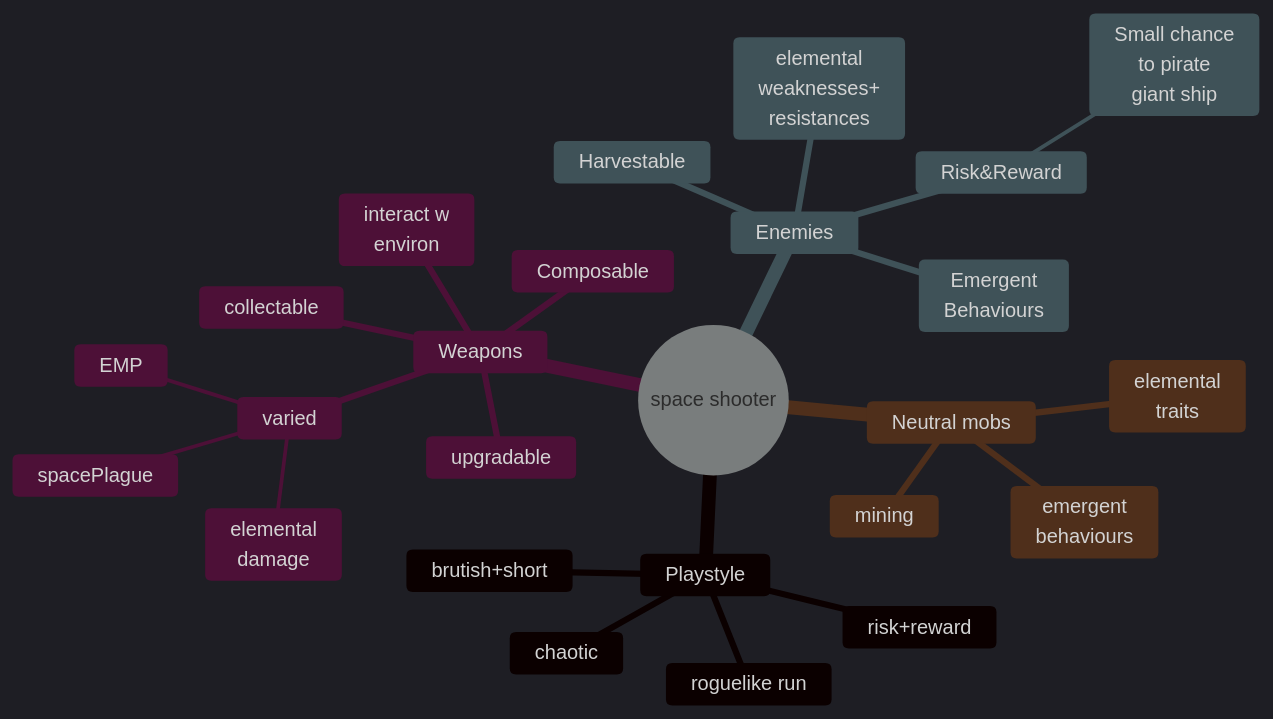
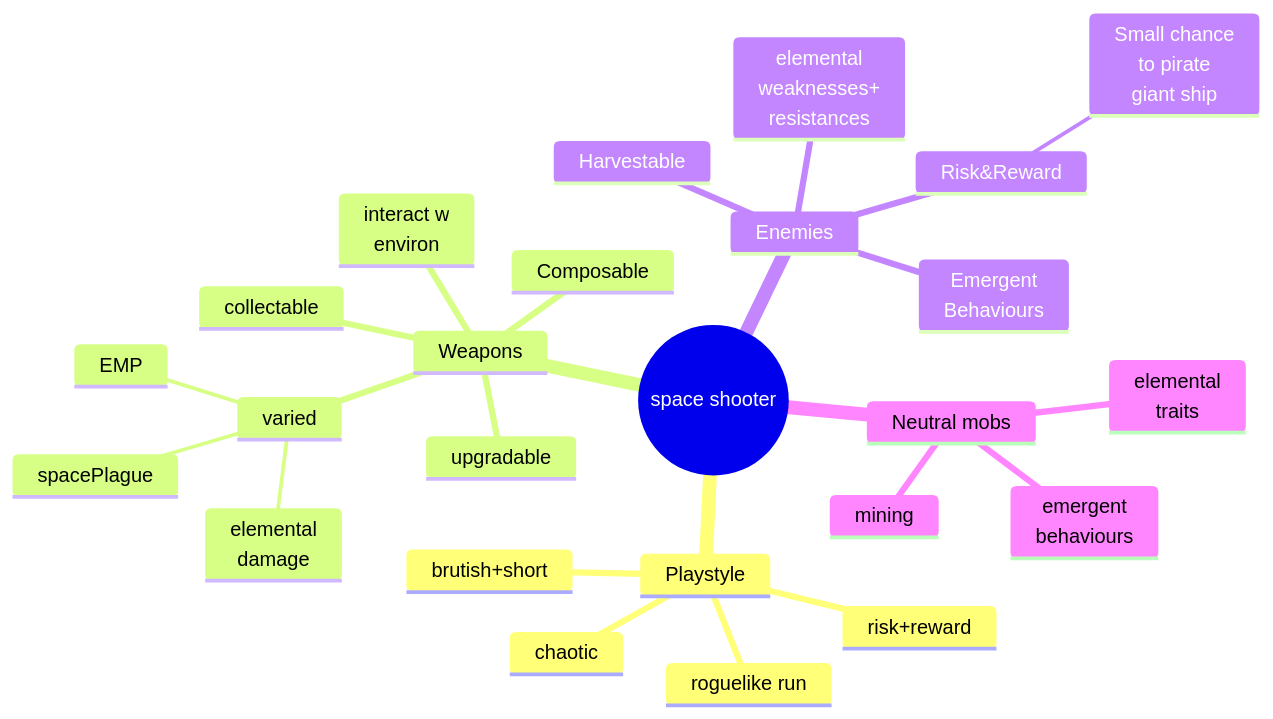
One commit to nbogie/p5js-space-scroller changed the diagram in docs/todo.md. Above: the diagram before and after it, drawn with Mermaid. The commit also changed other lines of this file, not shown here.

Commit message:
mindmap theme tweaks

````diff
--- a/docs/todo.md
+++ b/docs/todo.md
@@ -22,30 +22,30 @@
 ```mermaid
-%%{init: {'theme': 'dark'}}%%
+%%{init: {'theme': 'default'}}%%
 mindmap
   root((space shooter))
     Playstyle
       roguelike run
       risk+reward
       chaotic
       brutish+short
     Weapons
       Composable
       ::icon(fa fa-book)
       varied
         elemental<br/>damage
         spacePlague
         EMP
       interact w<br/>environ
       collectable
       upgradable
     Enemies
       Emergent<br/>Behaviours
       Risk&Reward
         Small chance<br/>to pirate<br/>giant ship
       elemental<br/>weaknesses+<br/>resistances
       Harvestable
     Neutral mobs
       elemental<br/>traits
       emergent<br/>behaviours
       mining
 ```
````
